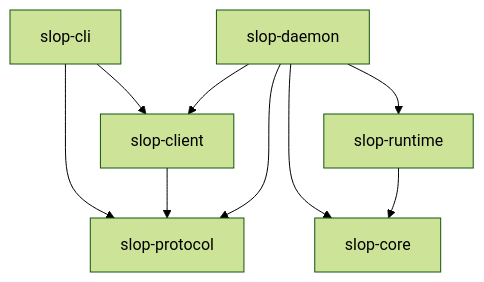
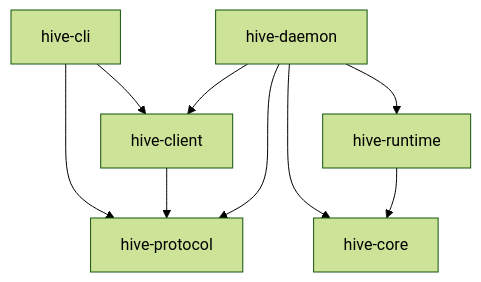
Before and after one commit to Araozu/slopconductor: the second of 2 diagrams in docs/overview.md, drawn with Mermaid (forest theme). The commit also changed other lines of this file and 419 other files, not shown here.

Commit message:
Rename Rust crates and CLI to Hive

````diff
--- a/docs/overview.md
+++ b/docs/overview.md
@@ -38,11 +38,11 @@
 ```mermaid
 flowchart TD
-    CLI[slop-cli] --> Client[slop-client]
-    CLI --> Protocol[slop-protocol]
+    CLI[hive-cli] --> Client[hive-client]
+    CLI --> Protocol[hive-protocol]
     Client --> Protocol
-    Daemon[slop-daemon] --> Client
+    Daemon[hive-daemon] --> Client
     Daemon --> Protocol
-    Daemon --> Runtime[slop-runtime]
-    Daemon --> Core[slop-core]
+    Daemon --> Runtime[hive-runtime]
+    Daemon --> Core[hive-core]
     Runtime --> Core
 ```
````
